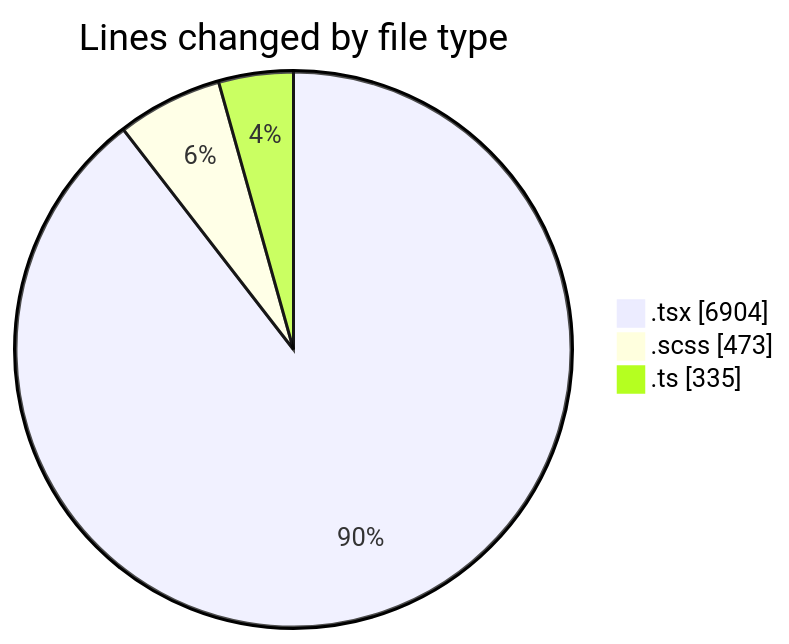
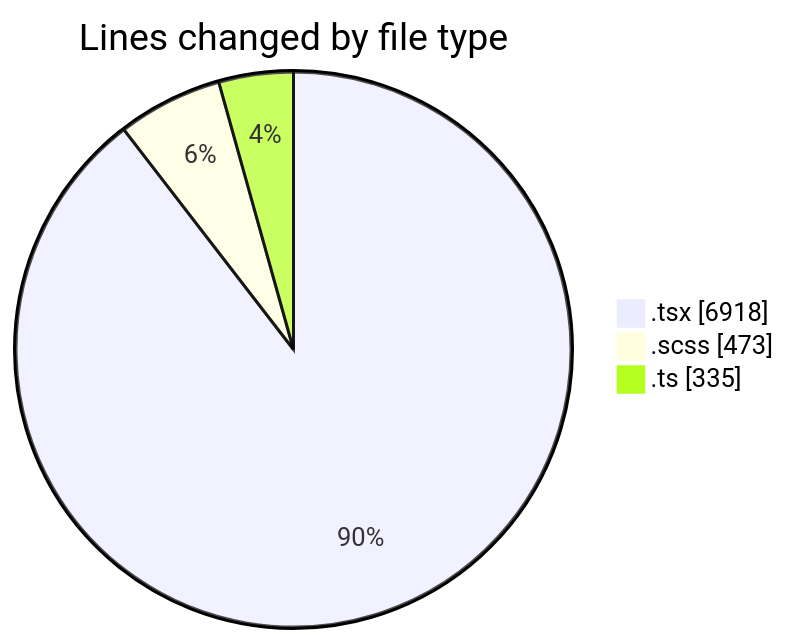
The first of 2 diagrams in 2025-07-03/cda/README.md (momahboobian/code-tracking), drawn with Mermaid before and after one commit. The commit also changed other lines of this file and 1 other file, not shown here.

````diff
--- a/2025-07-03/cda/README.md
+++ b/2025-07-03/cda/README.md
@@ -44,7 +44,7 @@
 ```mermaid
 pie showData
 title Lines changed by file type
-".tsx" : 6904
+".tsx" : 6918
 ".scss" : 473
 ".ts" : 335
 ```
````
